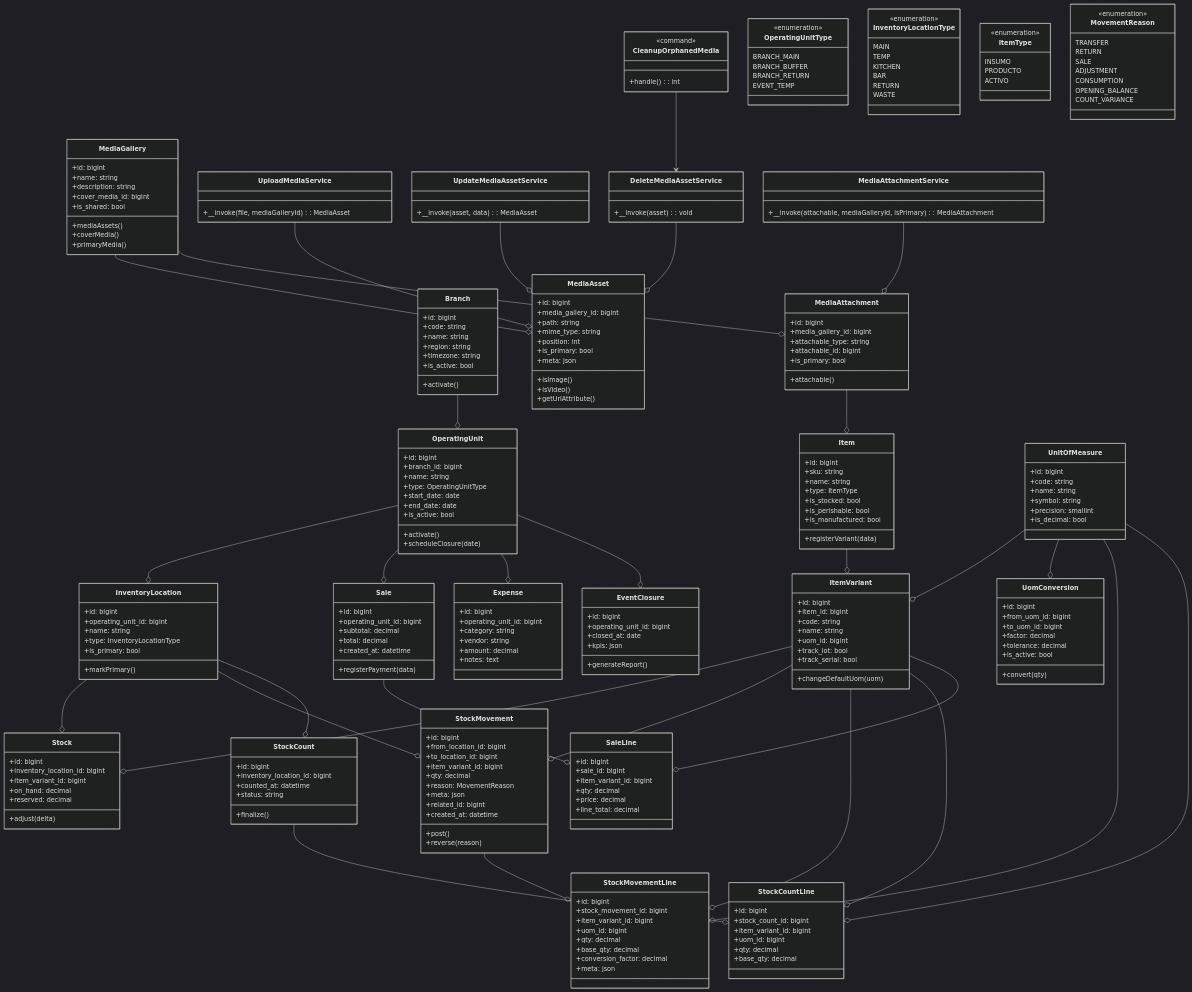
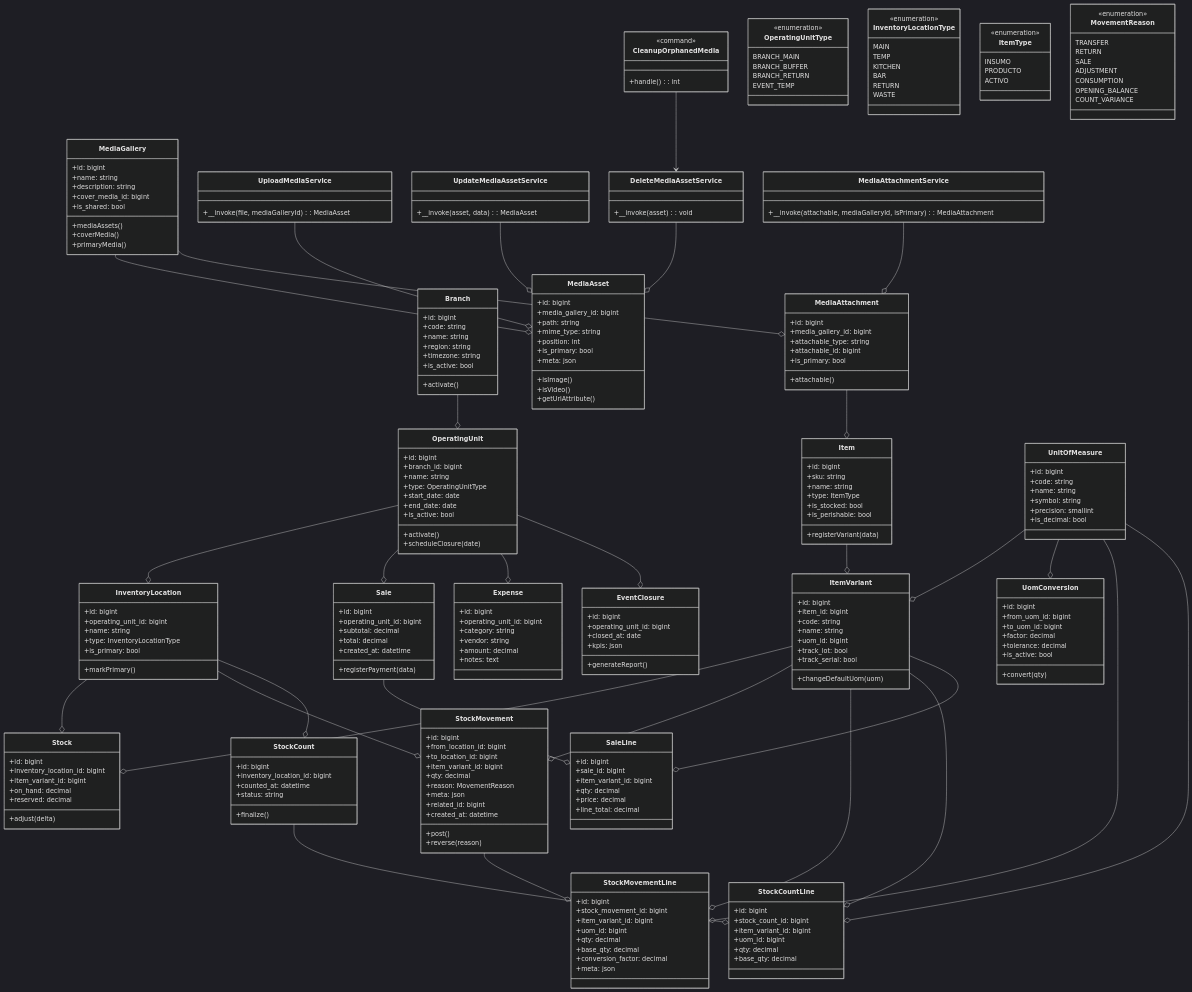
Before and after one commit to pakodiazdev/sushigo: the second of 5 diagrams in doc/architecture/inventory-architecture.es.md, drawn with Mermaid (dark theme). The commit also changed other lines of this file and 9 other files, not shown here.

First line of the commit message:
📚 [#421] - Design the Product Inventory target architecture and migration plan 📐

```diff
--- a/doc/architecture/inventory-architecture.es.md
+++ b/doc/architecture/inventory-architecture.es.md
@@ -341,7 +363,6 @@
     +type: ItemType
     +is_stocked: bool
     +is_perishable: bool
-    +is_manufactured: bool
     +registerVariant(data)
   }
 
```
